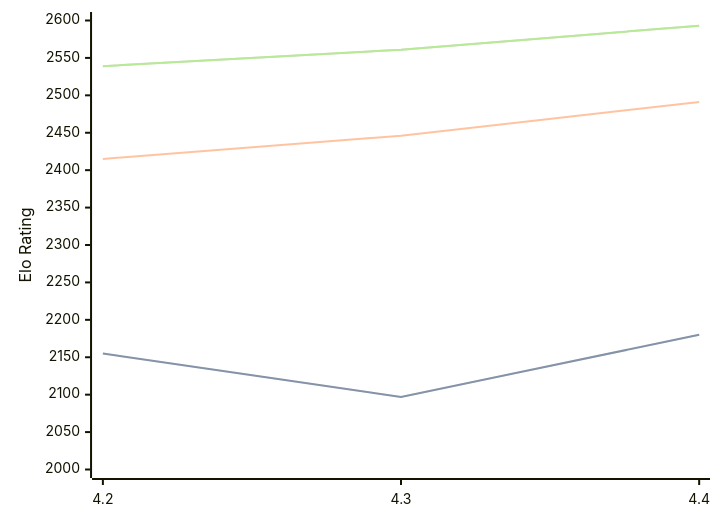
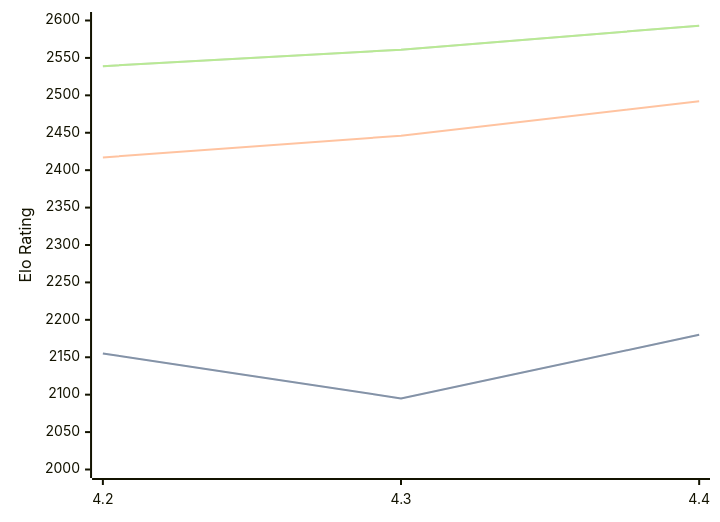
The diagram in engines/Eubos.md (computer-chess-index/cci), drawn with Mermaid before and after one commit. The commit also changed other lines of this file, not shown here.

````diff
--- a/engines/Eubos.md
+++ b/engines/Eubos.md
@@ -89,11 +89,11 @@
 ```mermaid
 %%{init: {"theme":"base","themeVariables":{"seriesColors:['#a3a3a3','#222221','#faa371']}}}%%
 xychart-beta
   x-axis ["4.2", "4.3", "4.4"]
   y-axis "Elo Rating" 2000 --> 2600
-  line "STC (8.0+0.08s)" [2155, 2097, 2180]
-  line "STC (8.0+0.08s)" [2155, 2097, 2180]
-  line "LTC (60.0+0.60s)" [2415, 2446, 2491]
+  line "STC (8.0+0.08s)" [2155, 2095, 2180]
+  line "STC (8.0+0.08s)" [2155, 2095, 2180]
+  line "LTC (60.0+0.60s)" [2417, 2446, 2492]
   line "VLTC (2m24s+1.12s)" [2539, 2561, 2593]
   line "VLTC (2m24s+1.12s)" [2539, 2561, 2593]
 ```
````
